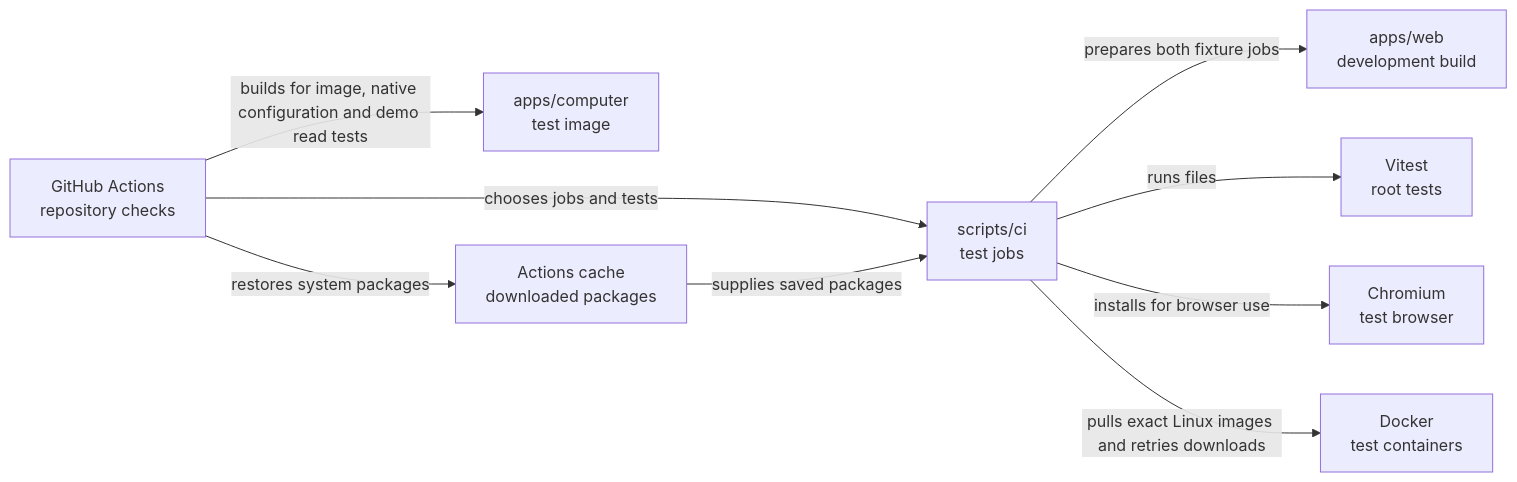
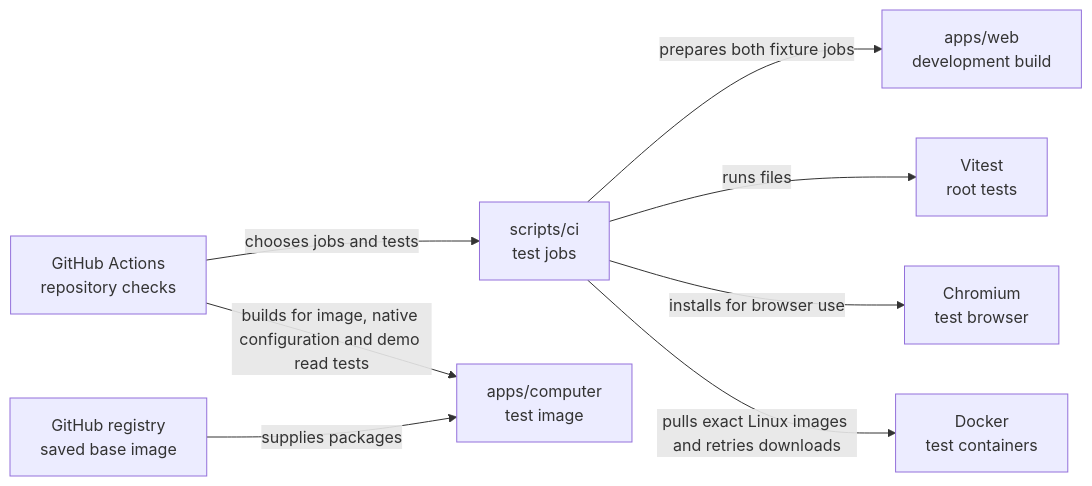
The diagram in scripts/ci/README.md (elewa-git/opencrane-new), drawn with Mermaid before and after one commit. The commit also changed other lines of this file and 13 other files, not shown here.

Commit message:
🧱 Add a saved base for CI computer images

````diff
--- a/scripts/ci/README.md
+++ b/scripts/ci/README.md
@@ -13,11 +13,10 @@
 ```mermaid
 flowchart LR
   actions["GitHub Actions<br/>repository checks"] -->|chooses jobs and tests| ci["scripts/ci<br/>test jobs"]
   ci -->|prepares both fixture jobs| web["apps/web<br/>development build"]
   ci -->|runs files| vitest["Vitest<br/>root tests"]
   actions -->|builds for image, native configuration and demo read tests| computer["apps/computer<br/>test image"]
+  registry["GitHub registry<br/>saved base image"] -->|supplies packages| computer
   ci -->|installs for browser use| chromium["Chromium<br/>test browser"]
   ci -->|pulls exact Linux images and retries downloads| docker["Docker<br/>test containers"]
-  actions -->|restores system packages| cache["Actions cache<br/>downloaded packages"]
-  cache -->|supplies saved packages| ci
 ```
````
